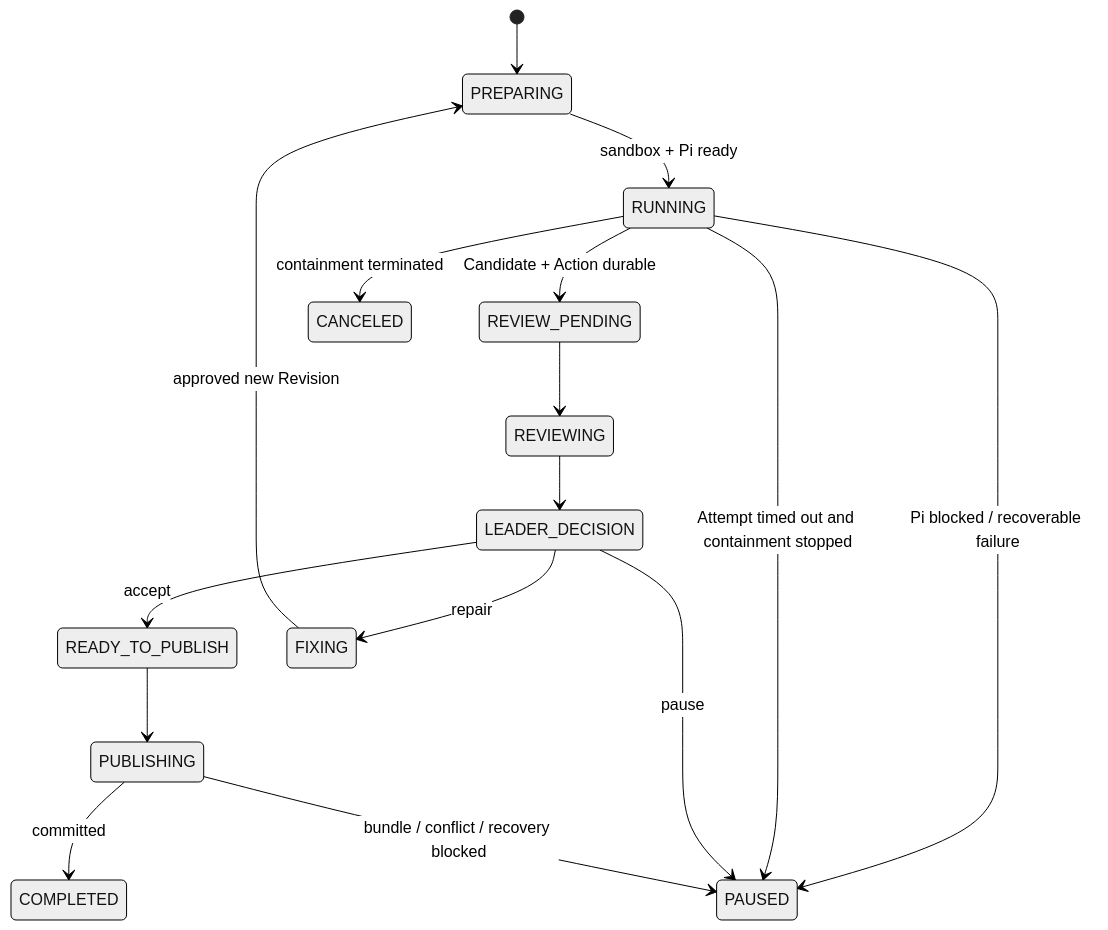
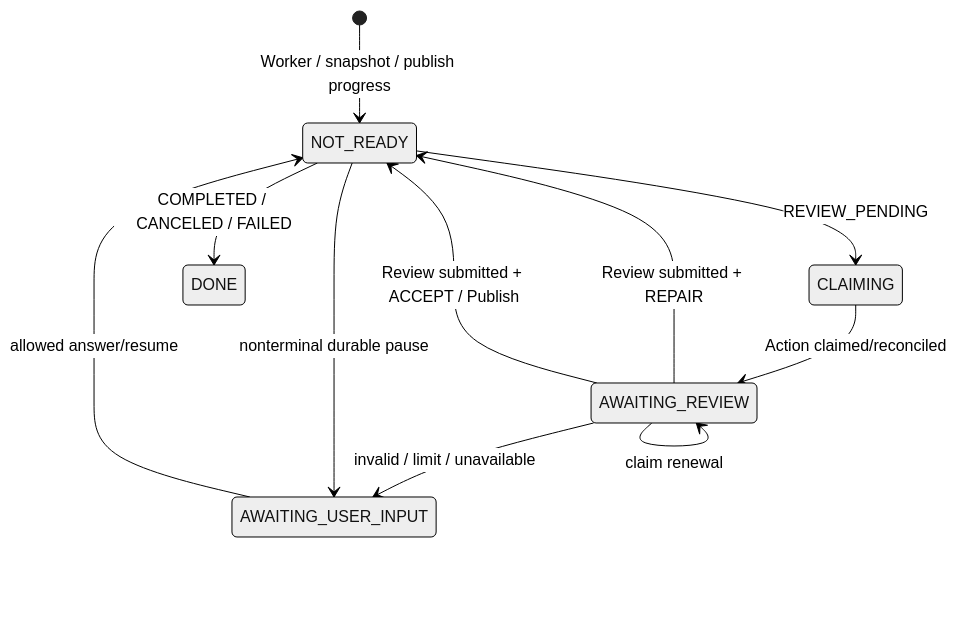
Before and after one commit to JerryWu1234/AI-smart-flow: the second of 2 diagrams in specs/001-smartflow-mvp/plan.md, drawn with Mermaid (neutral theme). The commit also changed other lines of this file and 50 other files, not shown here.

````diff
--- a/specs/001-smartflow-mvp/plan.md
+++ b/specs/001-smartflow-mvp/plan.md
@@ -338,18 +372,13 @@
 ```mermaid
 stateDiagram-v2
-    [*] --> PREPARING
-    PREPARING --> RUNNING: sandbox + Pi ready
-    RUNNING --> REVIEW_PENDING: Candidate + Action durable
-    RUNNING --> PAUSED: Pi blocked / recoverable failure
-    RUNNING --> PAUSED: Attempt timed out and containment stopped
-    RUNNING --> CANCELED: containment terminated
-    REVIEW_PENDING --> REVIEWING
-    REVIEWING --> LEADER_DECISION
-    LEADER_DECISION --> READY_TO_PUBLISH: accept
-    LEADER_DECISION --> FIXING: repair
-    LEADER_DECISION --> PAUSED: pause
-    FIXING --> PREPARING: approved new Revision
-    READY_TO_PUBLISH --> PUBLISHING
-    PUBLISHING --> COMPLETED: committed
-    PUBLISHING --> PAUSED: bundle / conflict / recovery blocked
+    [*] --> NOT_READY: Worker / snapshot / publish progress
+    NOT_READY --> CLAIMING: REVIEW_PENDING
+    CLAIMING --> AWAITING_REVIEW: Action claimed/reconciled
+    AWAITING_REVIEW --> AWAITING_REVIEW: claim renewal
+    AWAITING_REVIEW --> NOT_READY: Review submitted + REPAIR
+    AWAITING_REVIEW --> NOT_READY: Review submitted + ACCEPT / Publish
+    AWAITING_REVIEW --> AWAITING_USER_INPUT: invalid / limit / unavailable
+    NOT_READY --> AWAITING_USER_INPUT: nonterminal durable pause
+    AWAITING_USER_INPUT --> NOT_READY: allowed answer/resume
+    NOT_READY --> DONE: COMPLETED / CANCELED / FAILED
 ```
````
